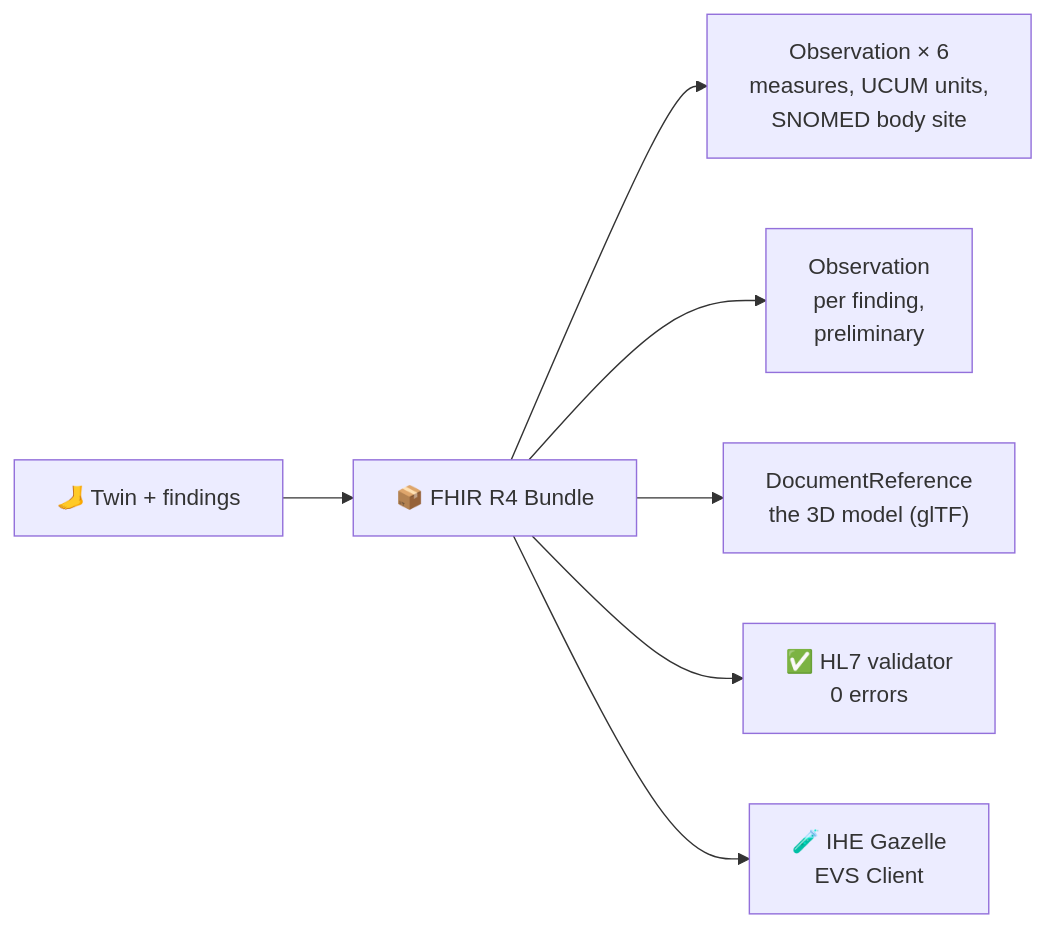
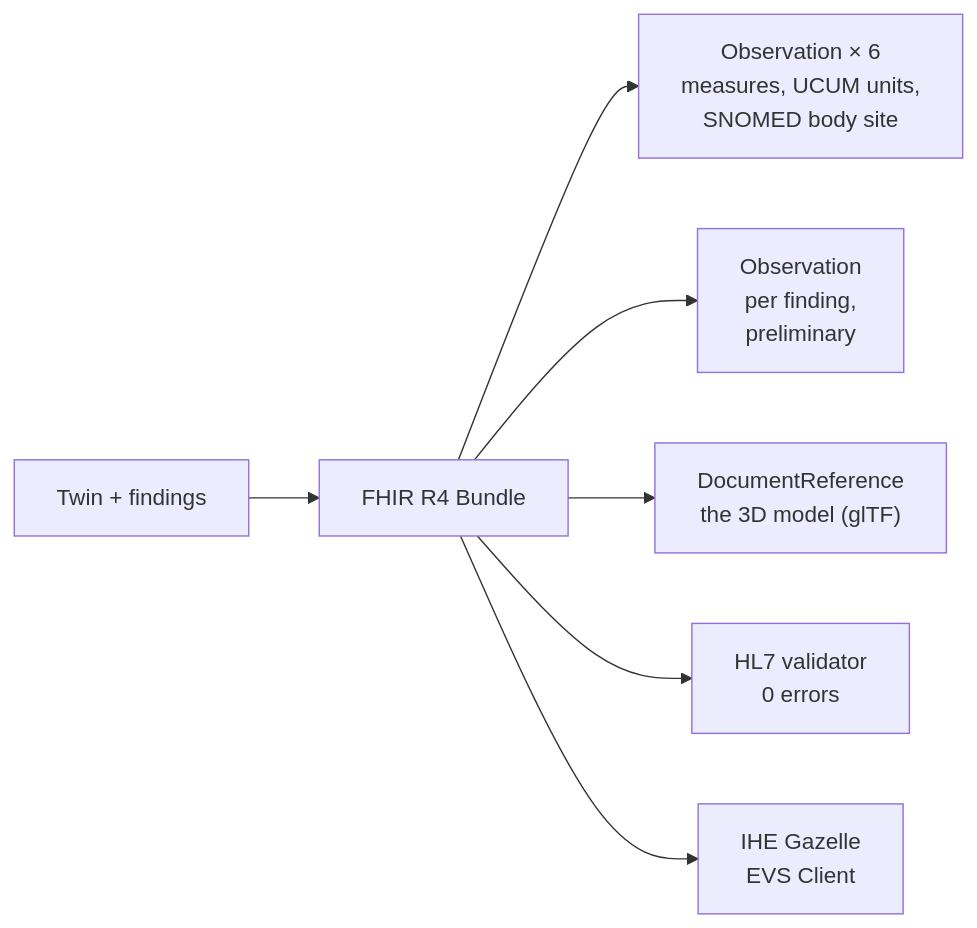
One commit to cybermo-bot/Khatwa changed the fifth of 5 diagrams in README.md. Above: the diagram before and after it, drawn with Mermaid. The commit also changed other lines of this file, not shown here.

````diff
--- a/README.md
+++ b/README.md
@@ -200,9 +200,9 @@
 ```mermaid
 flowchart LR
-    TW["🦶 Twin + findings"] --> B["📦 FHIR R4 Bundle"]
+    TW["Twin + findings"] --> B["FHIR R4 Bundle"]
     B --> O1["Observation × 6<br/>measures, UCUM units,<br/>SNOMED body site"]
     B --> O2["Observation<br/>per finding,<br/>preliminary"]
     B --> DR["DocumentReference<br/>the 3D model (glTF)"]
-    B --> V1["✅ HL7 validator<br/>0 errors"]
-    B --> V2["🧪 IHE Gazelle<br/>EVS Client"]
+    B --> V1["HL7 validator<br/>0 errors"]
+    B --> V2["IHE Gazelle<br/>EVS Client"]
 ```
````
